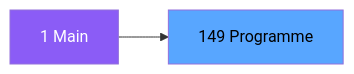
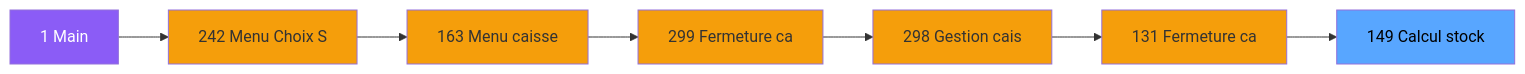
The second of 3 diagrams in .openspec/specs/ADH-IDE-149.md (thonyAGP/magic-migration), drawn with Mermaid before and after one commit. The commit also changed other lines of this file and 323 other files, not shown here.

````diff
--- a/.openspec/specs/ADH-IDE-149.md
+++ b/.openspec/specs/ADH-IDE-149.md
@@ -103,8 +110,23 @@
 ```mermaid
 graph LR
     M[1 Main]
-    T[149 Programme]
-    M --> T
+    N242[242 Menu Choix S]
+    N163[163 Menu caisse ]
+    N299[299 Fermeture ca]
+    N298[298 Gestion cais]
+    N131[131 Fermeture ca]
+    T[149 Calcul stock]
+    M --> N242
+    N242 --> N163
+    N163 --> N299
+    N299 --> N298
+    N298 --> N131
+    N131 --> T
     style M fill:#8b5cf6,color:#fff
+    style N242 fill:#f59e0b
+    style N163 fill:#f59e0b
+    style N299 fill:#f59e0b
+    style N298 fill:#f59e0b
+    style N131 fill:#f59e0b
     style T fill:#58a6ff,color:#000
 ```
````
